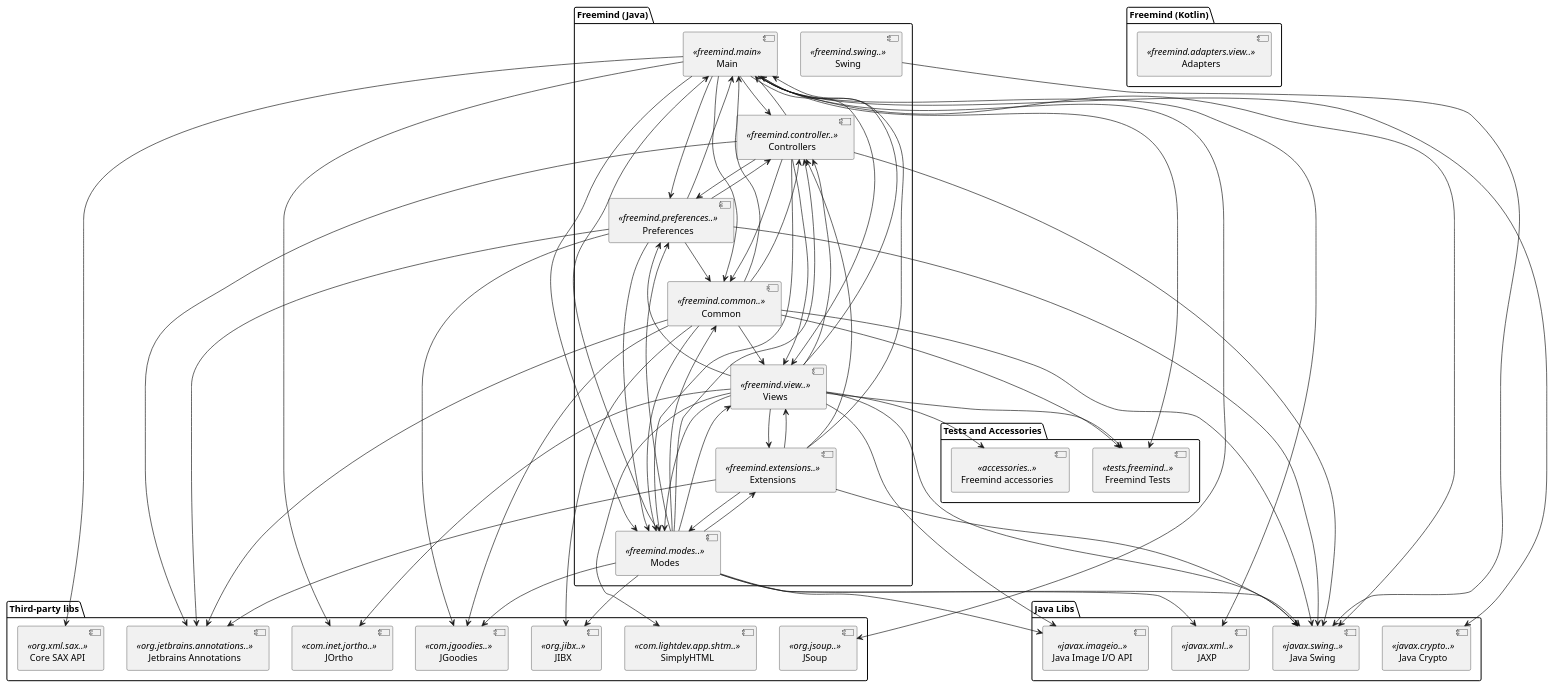
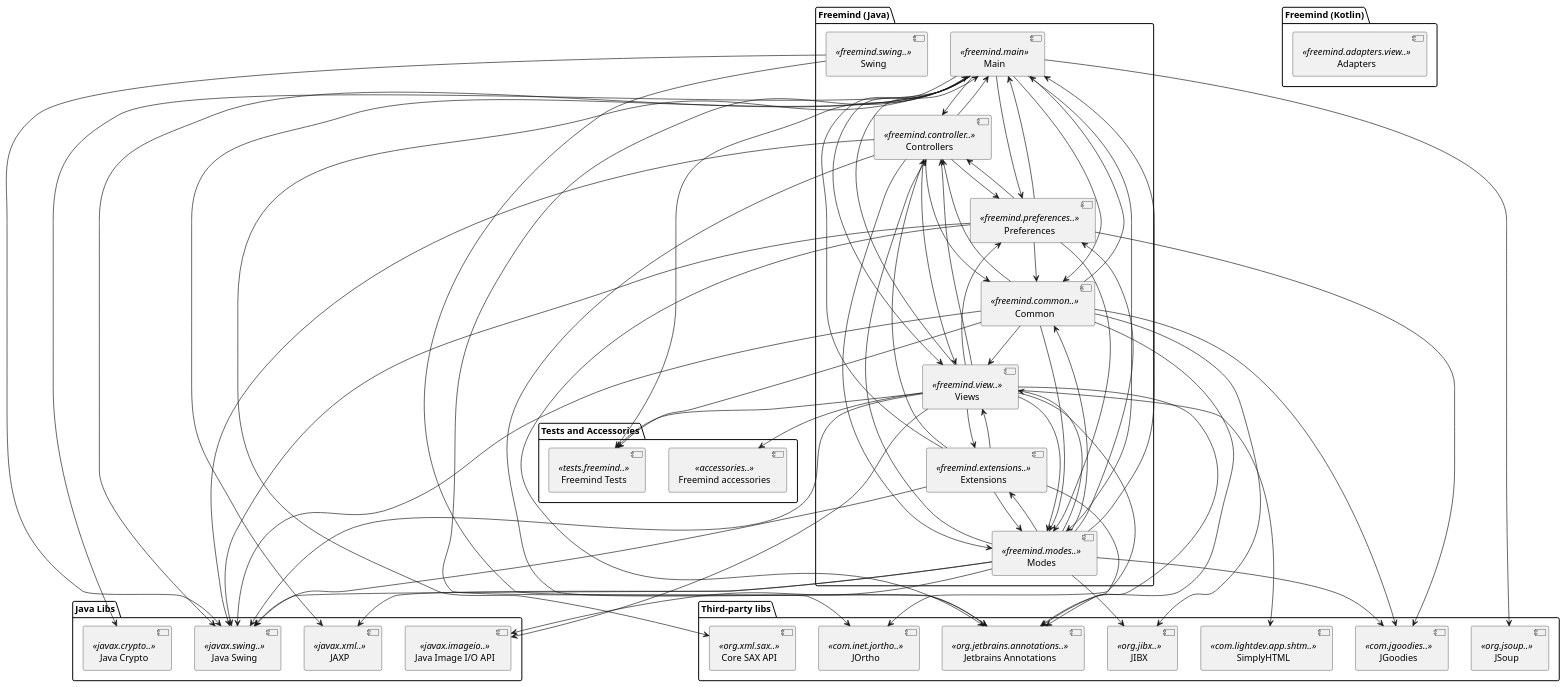
Before and after one commit to d4span/freemind-old: the diagram in uml/Freemind.puml, drawn with PlantUML. The commit also changed 42 other files, not shown here.

```diff
--- a/uml/Freemind.puml
+++ b/uml/Freemind.puml
@@ -1,112 +1,114 @@
 @startuml Freemind
 
 package "Freemind (Java)" {
     [Main] <<freemind.main>>
     [Controllers] <<freemind.controller..>>
     [Modes] <<freemind.modes..>>
     [Views] <<freemind.view..>>
     [Common] <<freemind.common..>>
     [Preferences] <<freemind.preferences..>>
     [Extensions] <<freemind.extensions..>>
     [Swing] <<freemind.swing..>>
 }
 
 package "Freemind (Kotlin)" {
     [Adapters] <<freemind.adapters.view..>>
 }
 
 package "Tests and Accessories" {
     [Freemind Tests] <<tests.freemind..>>
     [Freemind accessories] <<accessories..>>
 }
 
 package "Java Libs" {
     [Java Swing] <<javax.swing..>>
     [JAXP] <<javax.xml..>>
     [Java Crypto] <<javax.crypto..>>
     [Java Image I/O API] <<javax.imageio..>>
 }
 
 package "Third-party libs" {
     [JSoup] <<org.jsoup..>>
     [JOrtho] <<com.inet.jortho..>>
     [SimplyHTML] <<com.lightdev.app.shtm..>>
     [JIBX] <<org.jibx..>>
     [JGoodies] <<com.jgoodies..>>
     [Core SAX API] <<org.xml.sax..>>
     [Jetbrains Annotations] <<org.jetbrains.annotations..>>
 }
 
 [Swing] --> [Java Swing]
+[Swing] --> [Jetbrains Annotations]
 
 [Common] --> [Main]
 [Common] --> [Modes]
 [Common] --> [Controllers]
 [Common] --> [Views]
 [Common] --> [Freemind Tests]
 [Common] --> [Java Swing]
 [Common] --> [JIBX]
 [Common] --> [JGoodies]
 [Common] --> [Jetbrains Annotations]
 
 [Controllers] --> [Views]
 [Controllers] --> [Common]
 [Controllers] --> [Main]
 [Controllers] --> [Modes]
 [Controllers] --> [Preferences]
 [Controllers] --> [Java Swing]
 [Controllers] --> [Jetbrains Annotations]
 
 [Extensions] --> [Main]
 [Extensions] --> [Views]
 [Extensions] --> [Controllers]
 [Extensions] --> [Modes]
 [Extensions] --> [Java Swing]
 [Extensions] --> [Jetbrains Annotations]
 
 [Views] --> [Controllers]
 [Views] --> [Extensions]
 [Views] --> [Freemind accessories]
 [Views] --> [Freemind Tests]
 [Views] --> [Java Swing]
 [Views] --> [Java Image I/O API]
 [Views] --> [Modes]
 [Views] --> [Main]
 [Views] --> [Preferences]
 [Views] --> [JOrtho]
 [Views] --> [SimplyHTML]
+[Views] --> [Jetbrains Annotations]
 
 [Preferences] --> [Common]
 [Preferences] --> [Main]
 [Preferences] --> [Modes]
 [Preferences] --> [JGoodies]
 [Preferences] --> [Controllers]
 [Preferences] --> [Java Swing]
 [Preferences] --> [Jetbrains Annotations]
 
 [Modes] --> [Preferences]
 [Modes] --> [Controllers]
 [Modes] --> [Views]
 [Modes] --> [Main]
 [Modes] --> [Extensions]
 [Modes] --> [Common]
 [Modes] --> [Java Swing]
 [Modes] --> [JAXP]
 [Modes] --> [JIBX]
 [Modes] --> [Java Image I/O API]
 [Modes] --> [JGoodies]
 
 [Main] --> [Preferences]
 [Main] --> [Common]
 [Main] --> [Views]
 [Main] --> [Controllers]
 [Main] --> [Modes]
 [Main] --> [Java Swing]
 [Main] --> [JSoup]
 [Main] --> [JAXP]
 [Main] --> [Java Crypto]
 [Main] --> [JOrtho]
 [Main] --> [Core SAX API]
 [Main] --> [Freemind Tests]
 
 @enduml
```
